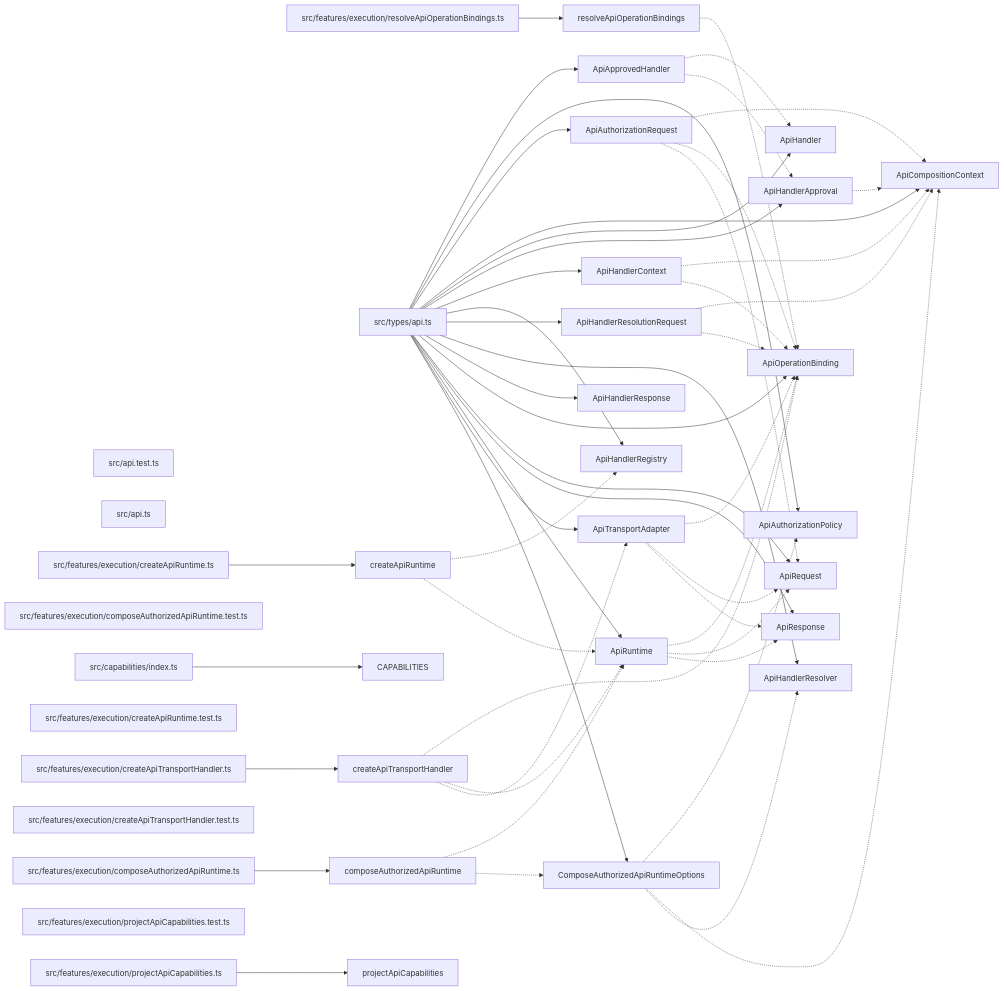
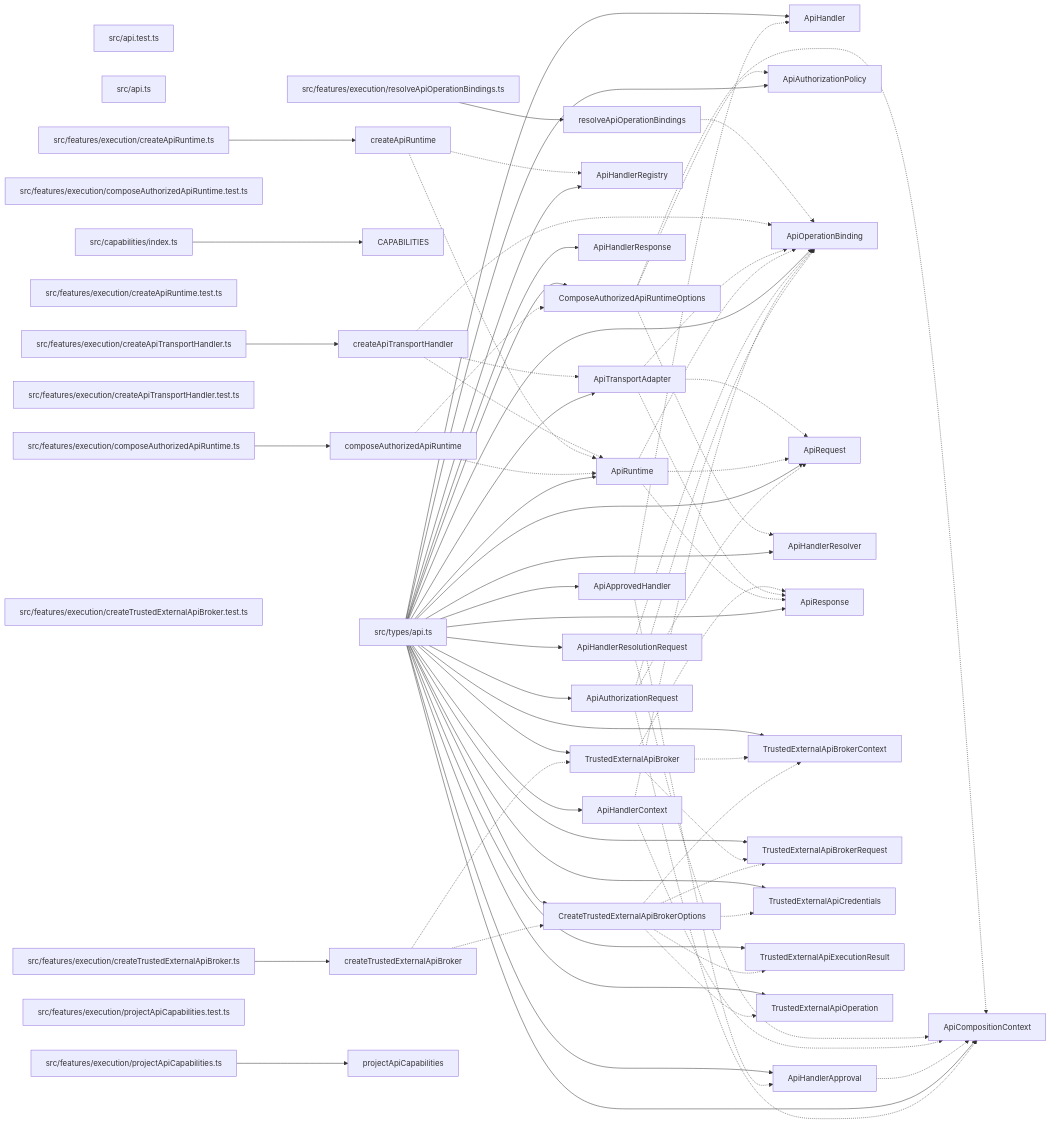
The diagram in paradox/diagrams/export-graph.mmd (ankhorage/api), drawn with Mermaid before and after one commit. The commit also changed 12 other files, not shown here.

```diff
--- a/paradox/diagrams/export-graph.mmd
+++ b/paradox/diagrams/export-graph.mmd
@@ -1,87 +1,115 @@
 graph LR
   module_src_api_test_ts["src/api.test.ts"]
   module_src_api_ts["src/api.ts"]
   module_src_capabilities_index_ts["src/capabilities/index.ts"]
   module_src_features_execution_composeAuthorizedApiRuntime_test_ts["src/features/execution/composeAuthorizedApiRuntime.test.ts"]
   module_src_features_execution_composeAuthorizedApiRuntime_ts["src/features/execution/composeAuthorizedApiRuntime.ts"]
   module_src_features_execution_createApiRuntime_test_ts["src/features/execution/createApiRuntime.test.ts"]
   module_src_features_execution_createApiRuntime_ts["src/features/execution/createApiRuntime.ts"]
   module_src_features_execution_createApiTransportHandler_test_ts["src/features/execution/createApiTransportHandler.test.ts"]
   module_src_features_execution_createApiTransportHandler_ts["src/features/execution/createApiTransportHandler.ts"]
+  module_src_features_execution_createTrustedExternalApiBroker_test_ts["src/features/execution/createTrustedExternalApiBroker.test.ts"]
+  module_src_features_execution_createTrustedExternalApiBroker_ts["src/features/execution/createTrustedExternalApiBroker.ts"]
   module_src_features_execution_projectApiCapabilities_test_ts["src/features/execution/projectApiCapabilities.test.ts"]
   module_src_features_execution_projectApiCapabilities_ts["src/features/execution/projectApiCapabilities.ts"]
   module_src_features_execution_resolveApiOperationBindings_ts["src/features/execution/resolveApiOperationBindings.ts"]
   module_src_types_api_ts["src/types/api.ts"]
   export_ApiApprovedHandler["ApiApprovedHandler"]
   module_src_types_api_ts --> export_ApiApprovedHandler
   export_ApiApprovedHandler -.-> export_ApiHandler
   export_ApiApprovedHandler -.-> export_ApiHandlerApproval
   export_ApiAuthorizationPolicy["ApiAuthorizationPolicy"]
   module_src_types_api_ts --> export_ApiAuthorizationPolicy
   export_ApiAuthorizationRequest["ApiAuthorizationRequest"]
   module_src_types_api_ts --> export_ApiAuthorizationRequest
   export_ApiAuthorizationRequest -.-> export_ApiCompositionContext
   export_ApiAuthorizationRequest -.-> export_ApiOperationBinding
   export_ApiAuthorizationRequest -.-> export_ApiRequest
   export_ApiCompositionContext["ApiCompositionContext"]
   module_src_types_api_ts --> export_ApiCompositionContext
   export_ApiHandler["ApiHandler"]
   module_src_types_api_ts --> export_ApiHandler
   export_ApiHandlerApproval["ApiHandlerApproval"]
   module_src_types_api_ts --> export_ApiHandlerApproval
   export_ApiHandlerApproval -.-> export_ApiCompositionContext
   export_ApiHandlerContext["ApiHandlerContext"]
   module_src_types_api_ts --> export_ApiHandlerContext
   export_ApiHandlerContext -.-> export_ApiCompositionContext
   export_ApiHandlerContext -.-> export_ApiOperationBinding
   export_ApiHandlerRegistry["ApiHandlerRegistry"]
   module_src_types_api_ts --> export_ApiHandlerRegistry
   export_ApiHandlerResolutionRequest["ApiHandlerResolutionRequest"]
   module_src_types_api_ts --> export_ApiHandlerResolutionRequest
   export_ApiHandlerResolutionRequest -.-> export_ApiCompositionContext
   export_ApiHandlerResolutionRequest -.-> export_ApiOperationBinding
   export_ApiHandlerResolver["ApiHandlerResolver"]
   module_src_types_api_ts --> export_ApiHandlerResolver
   export_ApiHandlerResponse["ApiHandlerResponse"]
   module_src_types_api_ts --> export_ApiHandlerResponse
   export_ApiOperationBinding["ApiOperationBinding"]
   module_src_types_api_ts --> export_ApiOperationBinding
   export_ApiRequest["ApiRequest"]
   module_src_types_api_ts --> export_ApiRequest
   export_ApiResponse["ApiResponse"]
   module_src_types_api_ts --> export_ApiResponse
   export_ApiRuntime["ApiRuntime"]
   module_src_types_api_ts --> export_ApiRuntime
   export_ApiRuntime -.-> export_ApiOperationBinding
   export_ApiRuntime -.-> export_ApiRequest
   export_ApiRuntime -.-> export_ApiResponse
   export_ApiTransportAdapter["ApiTransportAdapter"]
   module_src_types_api_ts --> export_ApiTransportAdapter
   export_ApiTransportAdapter -.-> export_ApiOperationBinding
   export_ApiTransportAdapter -.-> export_ApiRequest
   export_ApiTransportAdapter -.-> export_ApiResponse
   export_CAPABILITIES["CAPABILITIES"]
   module_src_capabilities_index_ts --> export_CAPABILITIES
   export_composeAuthorizedApiRuntime["composeAuthorizedApiRuntime"]
   module_src_features_execution_composeAuthorizedApiRuntime_ts --> export_composeAuthorizedApiRuntime
   export_composeAuthorizedApiRuntime -.-> export_ApiRuntime
   export_composeAuthorizedApiRuntime -.-> export_ComposeAuthorizedApiRuntimeOptions
   export_ComposeAuthorizedApiRuntimeOptions["ComposeAuthorizedApiRuntimeOptions"]
   module_src_types_api_ts --> export_ComposeAuthorizedApiRuntimeOptions
   export_ComposeAuthorizedApiRuntimeOptions -.-> export_ApiAuthorizationPolicy
   export_ComposeAuthorizedApiRuntimeOptions -.-> export_ApiCompositionContext
   export_ComposeAuthorizedApiRuntimeOptions -.-> export_ApiHandlerResolver
   export_createApiRuntime["createApiRuntime"]
   module_src_features_execution_createApiRuntime_ts --> export_createApiRuntime
   export_createApiRuntime -.-> export_ApiHandlerRegistry
   export_createApiRuntime -.-> export_ApiRuntime
   export_createApiTransportHandler["createApiTransportHandler"]
   module_src_features_execution_createApiTransportHandler_ts --> export_createApiTransportHandler
   export_createApiTransportHandler -.-> export_ApiOperationBinding
   export_createApiTransportHandler -.-> export_ApiRuntime
   export_createApiTransportHandler -.-> export_ApiTransportAdapter
+  export_createTrustedExternalApiBroker["createTrustedExternalApiBroker"]
+  module_src_features_execution_createTrustedExternalApiBroker_ts --> export_createTrustedExternalApiBroker
+  export_createTrustedExternalApiBroker -.-> export_CreateTrustedExternalApiBrokerOptions
+  export_createTrustedExternalApiBroker -.-> export_TrustedExternalApiBroker
+  export_CreateTrustedExternalApiBrokerOptions["CreateTrustedExternalApiBrokerOptions"]
+  module_src_types_api_ts --> export_CreateTrustedExternalApiBrokerOptions
+  export_CreateTrustedExternalApiBrokerOptions -.-> export_TrustedExternalApiBrokerContext
+  export_CreateTrustedExternalApiBrokerOptions -.-> export_TrustedExternalApiBrokerRequest
+  export_CreateTrustedExternalApiBrokerOptions -.-> export_TrustedExternalApiCredentials
+  export_CreateTrustedExternalApiBrokerOptions -.-> export_TrustedExternalApiExecutionResult
+  export_CreateTrustedExternalApiBrokerOptions -.-> export_TrustedExternalApiOperation
   export_projectApiCapabilities["projectApiCapabilities"]
   module_src_features_execution_projectApiCapabilities_ts --> export_projectApiCapabilities
   export_resolveApiOperationBindings["resolveApiOperationBindings"]
   module_src_features_execution_resolveApiOperationBindings_ts --> export_resolveApiOperationBindings
   export_resolveApiOperationBindings -.-> export_ApiOperationBinding
+  export_TrustedExternalApiBroker["TrustedExternalApiBroker"]
+  module_src_types_api_ts --> export_TrustedExternalApiBroker
+  export_TrustedExternalApiBroker -.-> export_ApiResponse
+  export_TrustedExternalApiBroker -.-> export_TrustedExternalApiBrokerContext
+  export_TrustedExternalApiBroker -.-> export_TrustedExternalApiBrokerRequest
+  export_TrustedExternalApiBrokerContext["TrustedExternalApiBrokerContext"]
+  module_src_types_api_ts --> export_TrustedExternalApiBrokerContext
+  export_TrustedExternalApiBrokerRequest["TrustedExternalApiBrokerRequest"]
+  module_src_types_api_ts --> export_TrustedExternalApiBrokerRequest
+  export_TrustedExternalApiCredentials["TrustedExternalApiCredentials"]
+  module_src_types_api_ts --> export_TrustedExternalApiCredentials
+  export_TrustedExternalApiExecutionResult["TrustedExternalApiExecutionResult"]
+  module_src_types_api_ts --> export_TrustedExternalApiExecutionResult
+  export_TrustedExternalApiOperation["TrustedExternalApiOperation"]
+  module_src_types_api_ts --> export_TrustedExternalApiOperation
```
